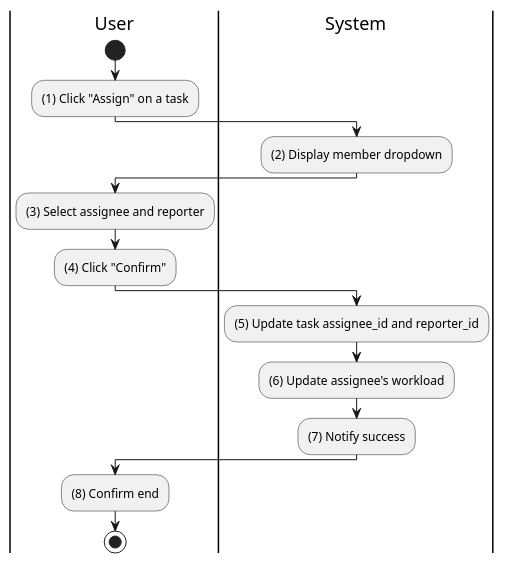
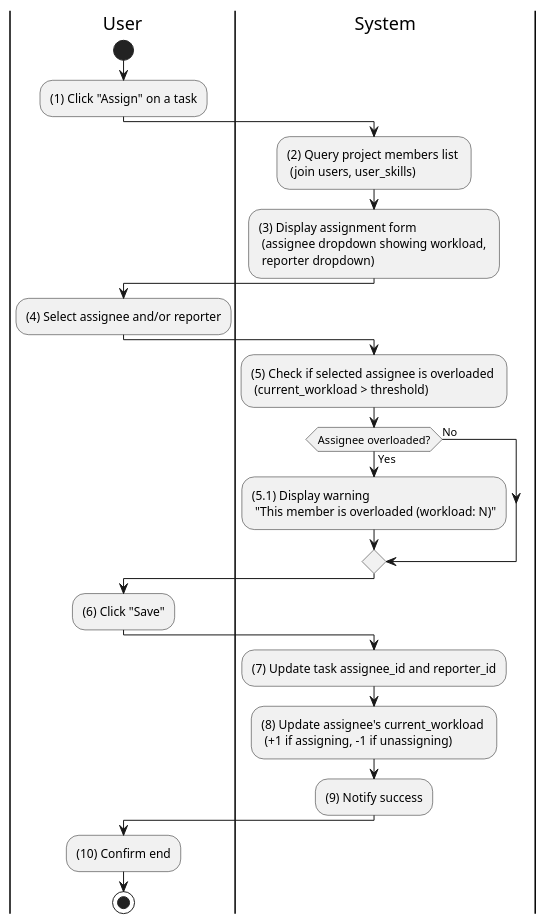
One commit to taskpilot-platform/taskpilot-platform.github.io changed the diagram in docs/docs/activity/task-management/assign-assignee-reporter.md. Above: the diagram before and after it, drawn with PlantUML. The commit also changed 14 other files, not shown here.

First line of the commit message:
feat(activity): expand batch 2 activity diagrams to ~40-50 lines

````diff
--- a/docs/docs/activity/task-management/assign-assignee-reporter.md
+++ b/docs/docs/activity/task-management/assign-assignee-reporter.md
@@ -3,27 +3,38 @@
 ```plantuml
 @startuml
 |U|User
 |S|System
 
 |U|
 start
 :(1) Click "Assign" on a task;
 
 |S|
-:(2) Display member dropdown;
+:(2) Query project members list \n (join users, user_skills);
+:(3) Display assignment form \n (assignee dropdown showing workload, \n reporter dropdown);
 
 |U|
-:(3) Select assignee and reporter;
-:(4) Click "Confirm";
+:(4) Select assignee and/or reporter;
 
 |S|
-:(5) Update task assignee_id and reporter_id;
-:(6) Update assignee's workload;
-:(7) Notify success;
+:(5) Check if selected assignee is overloaded \n (current_workload > threshold);
+
+if (Assignee overloaded?) then (Yes)
+  :(5.1) Display warning \n "This member is overloaded (workload: N)";
+else (No)
+endif
 
 |U|
-:(8) Confirm end;
+:(6) Click "Save";
+
+|S|
+:(7) Update task assignee_id and reporter_id;
+:(8) Update assignee's current_workload \n (+1 if assigning, -1 if unassigning);
+:(9) Notify success;
+
+|U|
+:(10) Confirm end;
 
 stop
 @enduml
 ```
````
